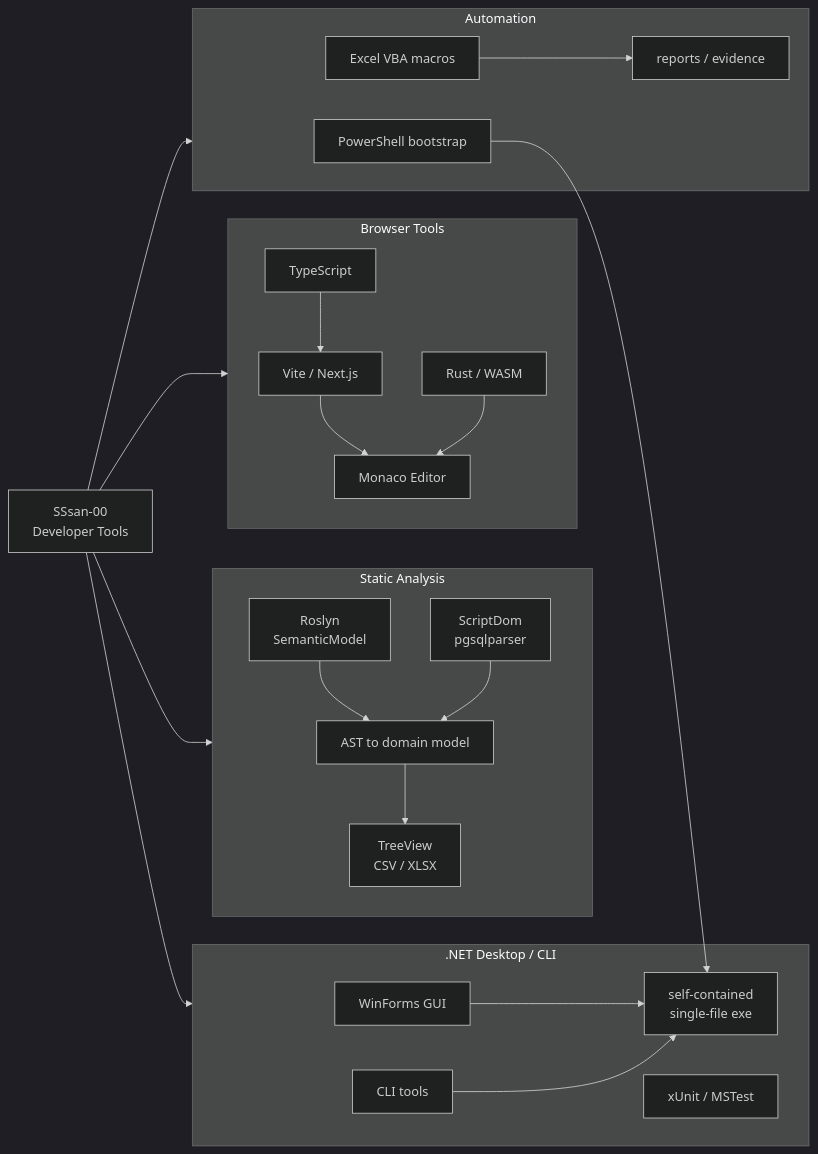
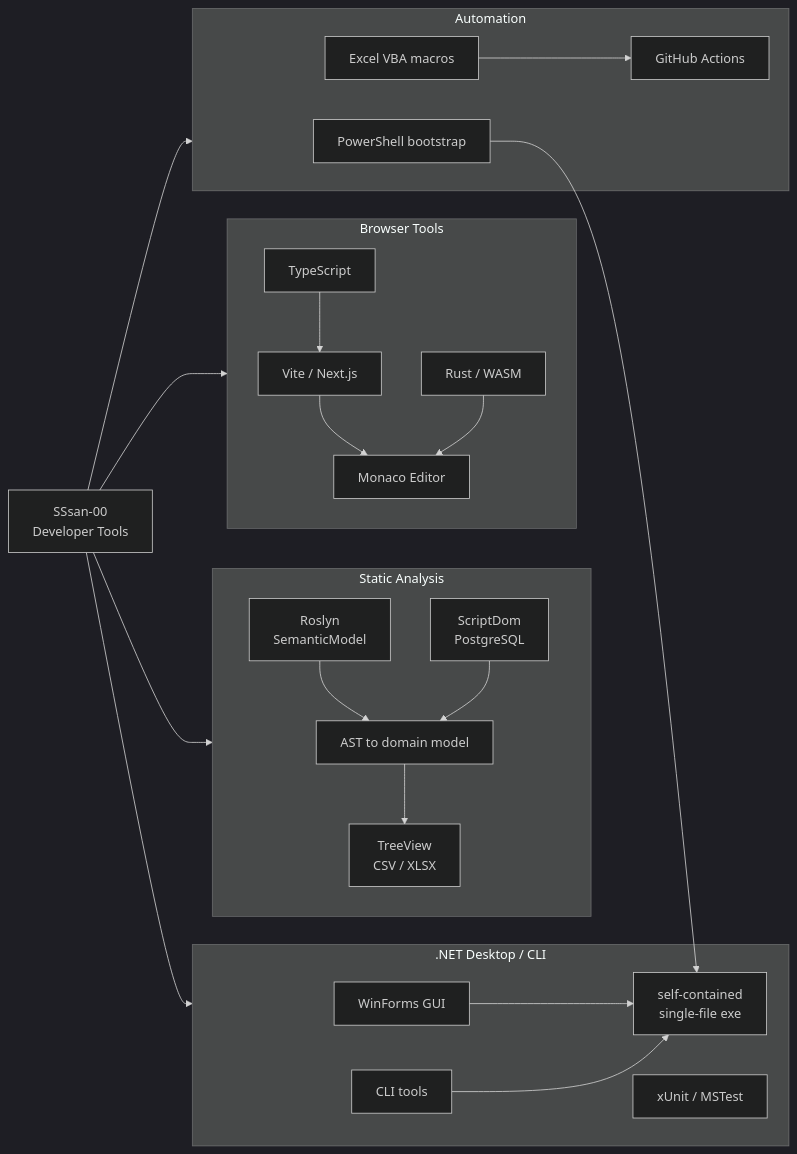
One commit to SSsan-00/SSsan-00 changed the third of 4 diagrams in README.md. Above: the diagram before and after it, drawn with Mermaid (dark theme). The commit also changed other lines of this file and 2 other files, not shown here.

````diff
--- a/README.md
+++ b/README.md
@@ -55,45 +60,45 @@
 ```mermaid
 flowchart LR
   profile["SSsan-00<br/>Developer Tools"]
 
   subgraph analysis["Static Analysis"]
     roslyn["Roslyn<br/>SemanticModel"]
-    sqlast["ScriptDom<br/>pgsqlparser"]
+    sqlast["ScriptDom<br/>PostgreSQL"]
     model["AST to domain model"]
     report["TreeView<br/>CSV / XLSX"]
   end
 
   subgraph dotnet[".NET Desktop / CLI"]
     winforms["WinForms GUI"]
     cli["CLI tools"]
     publish["self-contained<br/>single-file exe"]
     tests["xUnit / MSTest"]
   end
 
   subgraph browser["Browser Tools"]
     ts["TypeScript"]
     vite["Vite / Next.js"]
     monaco["Monaco Editor"]
     wasm["Rust / WASM"]
   end
 
   subgraph automation["Automation"]
     ps["PowerShell bootstrap"]
     vba["Excel VBA macros"]
-    docs["reports / evidence"]
+    actions["GitHub Actions"]
   end
 
   profile --> analysis
   profile --> dotnet
   profile --> browser
   profile --> automation
 
   roslyn --> model --> report
   sqlast --> model
   winforms --> publish
   cli --> publish
   ts --> vite --> monaco
   wasm --> monaco
   ps --> publish
-  vba --> docs
+  vba --> actions
 ```
````
